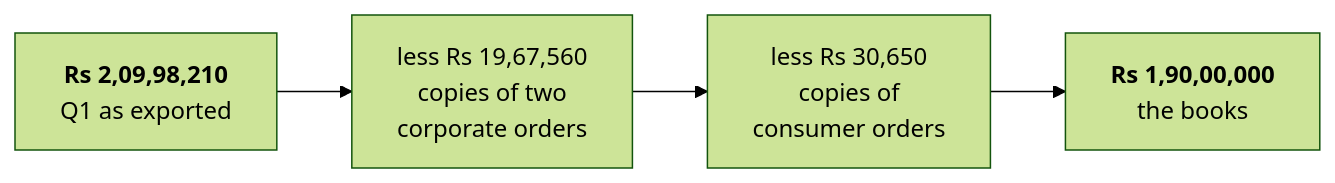
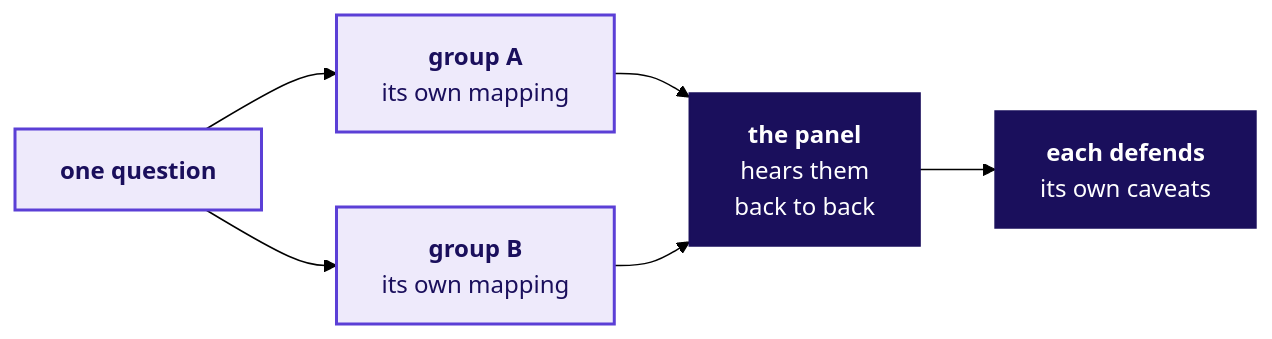
Before and after one commit to fde-academy-lab/c2-content-factory: diagram 19 of 21 in content/W03/D1/slides/C2_W03_D01_introduction_STUDENT.md, drawn with Mermaid (forest theme). The commit also changed other lines of this file and 2 other files, not shown here.

````diff
--- a/content/W03/D1/slides/C2_W03_D01_introduction_STUDENT.md
+++ b/content/W03/D1/slides/C2_W03_D01_introduction_STUDENT.md
@@ -379,6 +971,11 @@
 ```mermaid
 flowchart LR
-    A["<b>Rs 2,09,98,210</b><br/>Q1 as exported"] --> B["less Rs 19,67,560<br/>copies of two<br/>corporate orders"]
-    B --> C["less Rs 30,650<br/>copies of<br/>consumer orders"]
-    C --> E["<b>Rs 1,90,00,000</b><br/>the books"]
+    Q["<b>one question</b>"] --> A["<b>group A</b><br/>its own mapping"]
+    Q --> B["<b>group B</b><br/>its own mapping"]
+    A & B --> P["<b>the panel</b><br/>hears them<br/>back to back"]
+    P --> C["<b>each defends</b><br/>its own caveats"]
+    classDef known fill:#EEEAFB,stroke:#5B3FD6,color:#1A0F5C,stroke-width:2px
+    classDef dark fill:#1A0F5C,stroke:#1A0F5C,color:#FFFFFF
+    class Q,A,B known
+    class P,C dark
 ```
````
